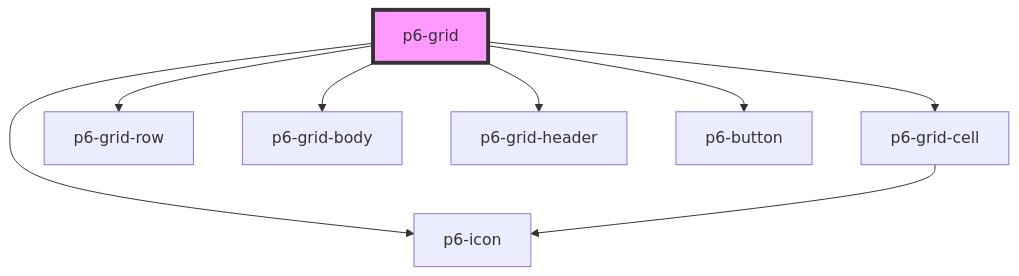
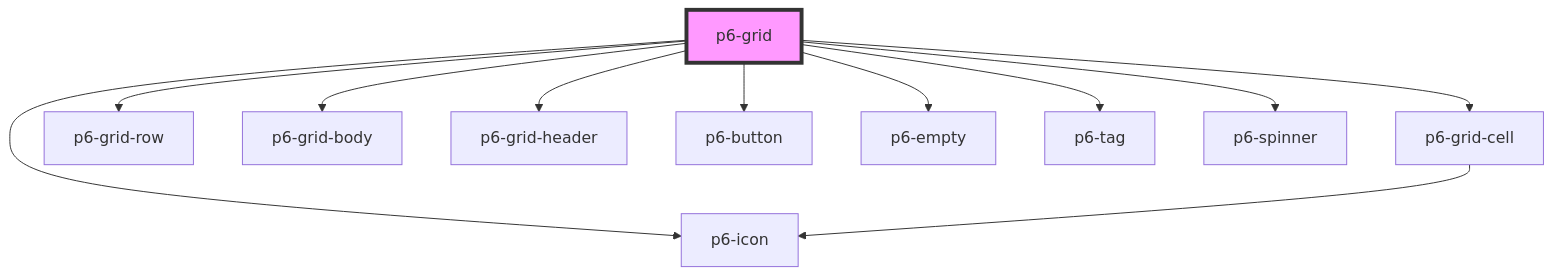
The diagram in src/components/molecules/p6-grid/readme.md (amalto/platform6-ui-components), drawn with Mermaid before and after one commit. The commit also changed other lines of this file and 8 other files, not shown here.

Commit message:
p6-grid use p6-tag

````diff
--- a/src/components/molecules/p6-grid/readme.md
+++ b/src/components/molecules/p6-grid/readme.md
@@ -27,11 +31,14 @@
 ```mermaid
 graph TD;
   p6-grid --> p6-grid-cell
   p6-grid --> p6-grid-row
   p6-grid --> p6-grid-body
   p6-grid --> p6-grid-header
   p6-grid --> p6-button
   p6-grid --> p6-icon
+  p6-grid --> p6-empty
+  p6-grid --> p6-tag
+  p6-grid --> p6-spinner
   p6-grid-cell --> p6-icon
   style p6-grid fill:#f9f,stroke:#333,stroke-width:4px
 ```
````
